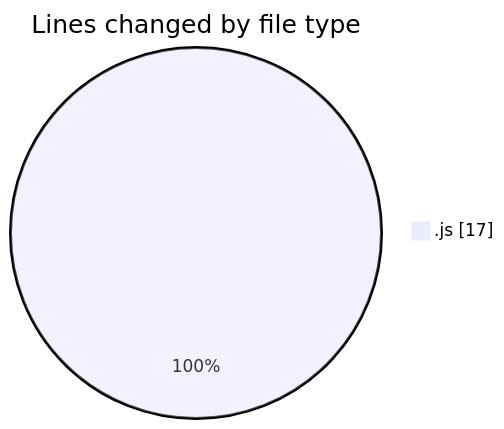
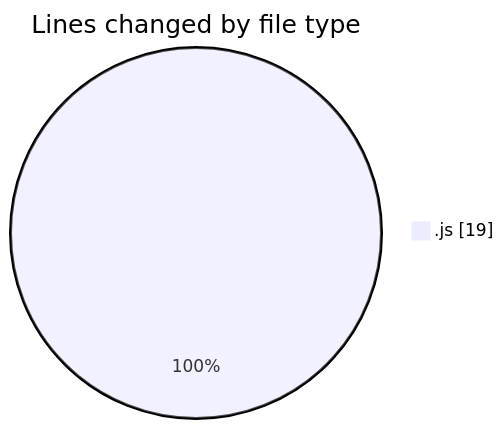
The first of 2 diagrams in 2026-01-08/javacript/README.md (nxtqubesakshisongat/code-tracking), drawn with Mermaid before and after one commit. The commit also changed other lines of this file and 1 other file, not shown here.

````diff
--- a/2026-01-08/javacript/README.md
+++ b/2026-01-08/javacript/README.md
@@ -20,5 +20,5 @@
 ```mermaid
 pie showData
 title Lines changed by file type
-".js" : 17
+".js" : 19
 ```
````
